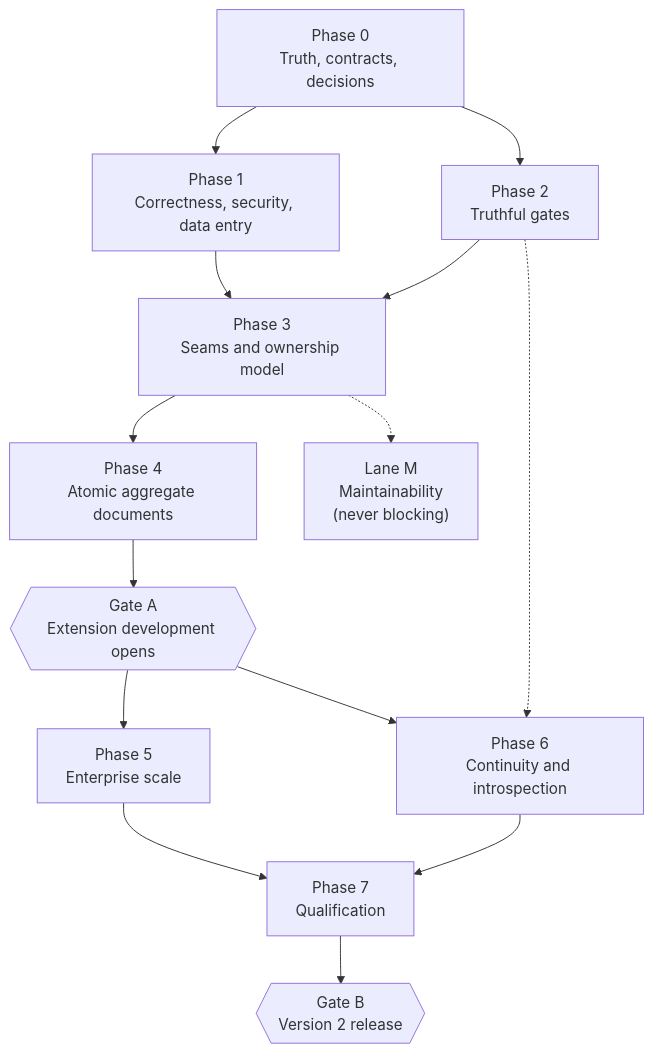
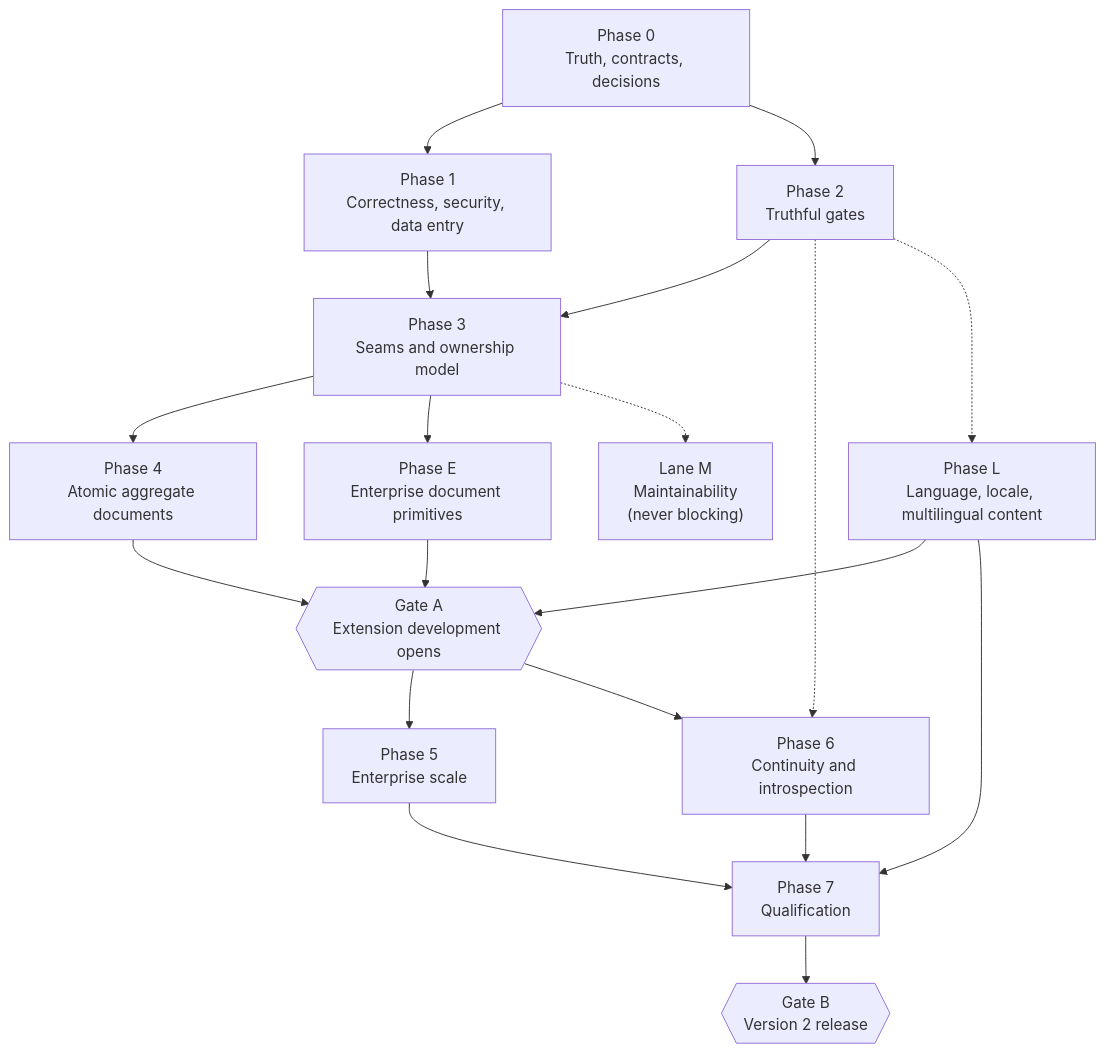
Before and after one commit to kumwe/app: the diagram in docs/roadmap/README.md, drawn with Mermaid. The commit also changed other lines of this file and 7 other files, not shown here.

````diff
--- a/docs/roadmap/README.md
+++ b/docs/roadmap/README.md
@@ -630,27 +995,34 @@
 ```mermaid
 flowchart TD
     P0["Phase 0<br/>Truth, contracts, decisions"]
     P1["Phase 1<br/>Correctness, security, data entry"]
     P2["Phase 2<br/>Truthful gates"]
     P3["Phase 3<br/>Seams and ownership model"]
     P4["Phase 4<br/>Atomic aggregate documents"]
+    PE["Phase E<br/>Enterprise document primitives"]
+    PL["Phase L<br/>Language, locale, multilingual content"]
     GA{{"Gate A<br/>Extension development opens"}}
     P5["Phase 5<br/>Enterprise scale"]
     P6["Phase 6<br/>Continuity and introspection"]
     P7["Phase 7<br/>Qualification"]
     GB{{"Gate B<br/>Version 2 release"}}
     LM["Lane M<br/>Maintainability<br/>(never blocking)"]
     P0 --> P1
     P0 --> P2
     P1 --> P3
     P2 --> P3
     P3 --> P4
+    P3 --> PE
     P4 --> GA
+    PE --> GA
+    PL --> GA
     GA --> P5
     GA --> P6
     P5 --> P7
     P6 --> P7
     P7 --> GB
+    PL --> P7
     P2 -.-> P6
+    P2 -.-> PL
     P3 -.-> LM
 ```
````
